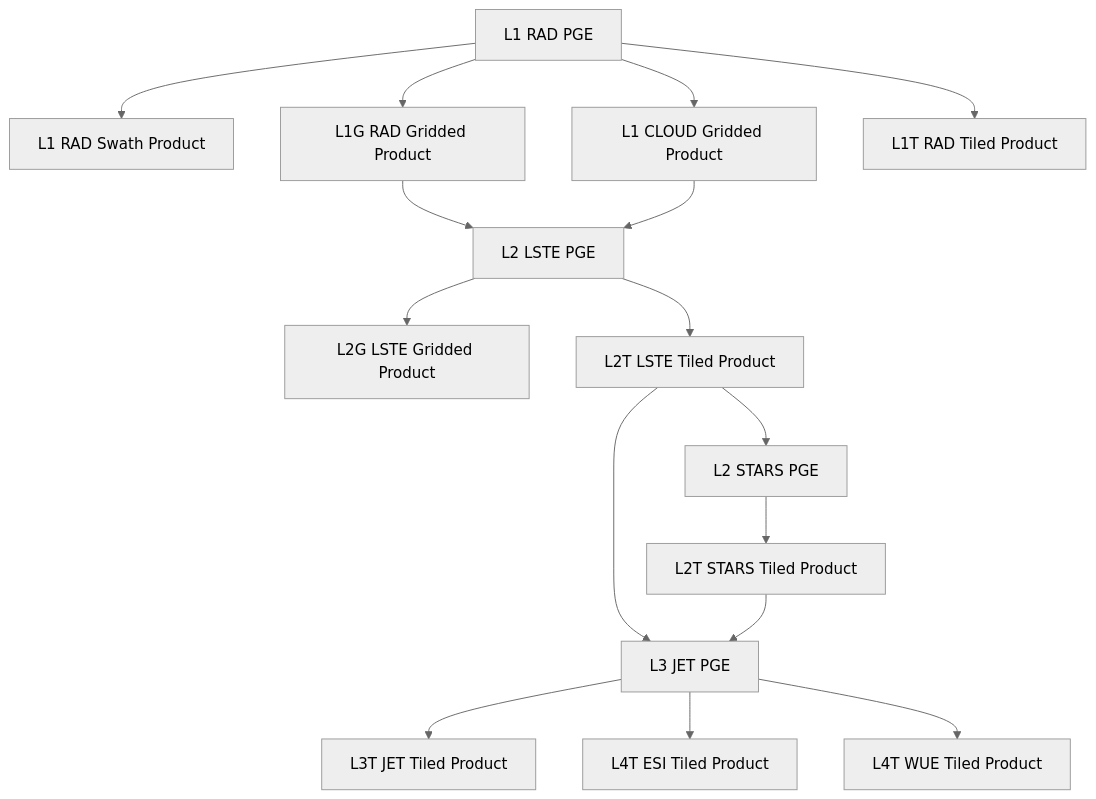
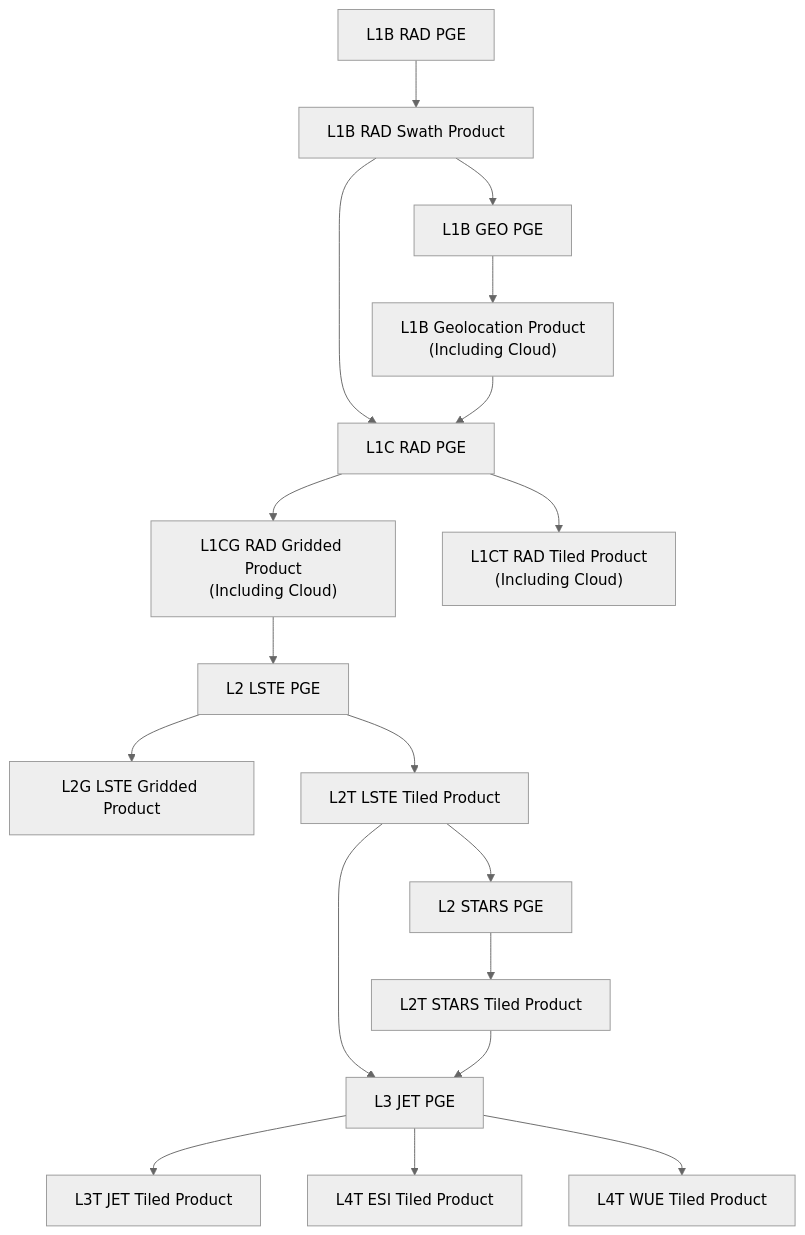
The diagram in profile/README.md (gregory-halverson-jpl/ECOSTRESS-Collection-3.github), drawn with Mermaid (neutral theme) before and after one commit.

Commit message:
consolidating cloud into L1 products

````diff
--- a/profile/README.md
+++ b/profile/README.md
@@ -13,42 +13,53 @@
 ```mermaid
 flowchart TD
-L1_RAD_PGE[L1 RAD PGE]
+L1B_GEO_PGE[L1B GEO PGE]
+L1_RAD_PGE[L1B RAD PGE]
+L1C_RAD_PGE[L1C RAD PGE]
 L2_LSTE_PGE[L2 LSTE PGE]
 L2_STARS_PGE[L2 STARS PGE]
 L3_JET_PGE[L3 JET PGE]
 
-L1_RAD_SWATH[L1 RAD Swath Product]
-L1CG_CLOUD_GRID[L1 CLOUD Gridded Product]
-L1CG_RAD_GRID[L1G RAD Gridded Product]
-L1CT_RAD_TILE[L1T RAD Tiled Product]
+L1B_GEO_SWATH["L1B Geolocation Product<br>(Including Cloud)"]
+
+L1_RAD_SWATH[L1B RAD Swath Product]
+
+L1CG_RAD_GRID["L1CG RAD Gridded Product<br>(Including Cloud)"]
+L1CT_RAD_TILE["L1CT RAD Tiled Product<br>(Including Cloud)"]
 
 L2G_LSTE_GRID[L2G LSTE Gridded Product]
 L2T_LSTE_TILE[L2T LSTE Tiled Product]
 
 L2T_STARS_TILE[L2T STARS Tiled Product]
 
 L3T_JET_TILE[L3T JET Tiled Product]
 L4T_ESI_TILE[L4T ESI Tiled Product]
 L4T_WUE_TILE[L4T WUE Tiled Product]
 
+L1B_GEO_PGE --> L1B_GEO_SWATH
+
 L1_RAD_PGE --> L1_RAD_SWATH
-L1_RAD_PGE --> L1CG_RAD_GRID
-L1_RAD_PGE --> L1CT_RAD_TILE
-L1_RAD_PGE --> L1CG_CLOUD_GRID
+
+L1_RAD_SWATH --> L1C_RAD_PGE
+L1_RAD_SWATH --> L1B_GEO_PGE
+L1B_GEO_SWATH --> L1C_RAD_PGE
+
+L1C_RAD_PGE --> L1CG_RAD_GRID
+L1C_RAD_PGE --> L1CT_RAD_TILE
+
 
 L1CG_RAD_GRID --> L2_LSTE_PGE
-L1CG_CLOUD_GRID --> L2_LSTE_PGE
+
 L2_LSTE_PGE --> L2G_LSTE_GRID
 L2_LSTE_PGE --> L2T_LSTE_TILE
 
 L2T_LSTE_TILE --> L2_STARS_PGE
 
 L2_STARS_PGE --> L2T_STARS_TILE
 
 L2T_LSTE_TILE --> L3_JET_PGE
 L2T_STARS_TILE --> L3_JET_PGE
 
 L3_JET_PGE --> L3T_JET_TILE
 L3_JET_PGE --> L4T_ESI_TILE
 L3_JET_PGE --> L4T_WUE_TILE
 ```
````
